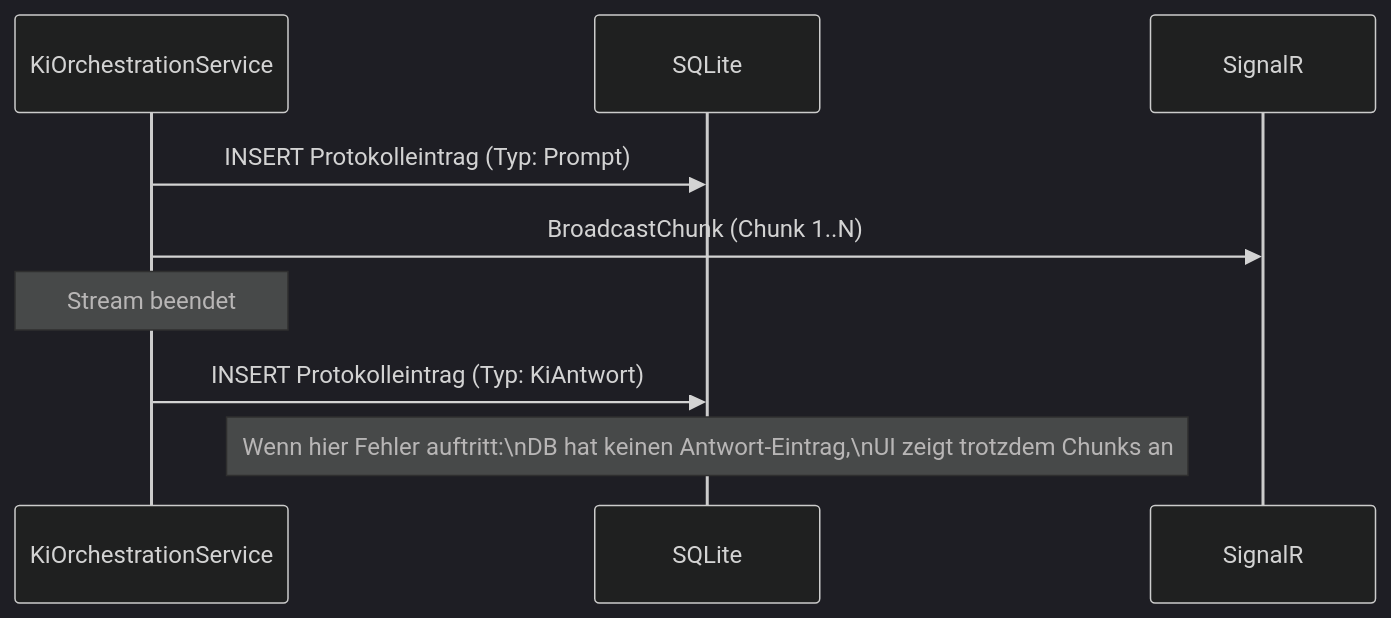
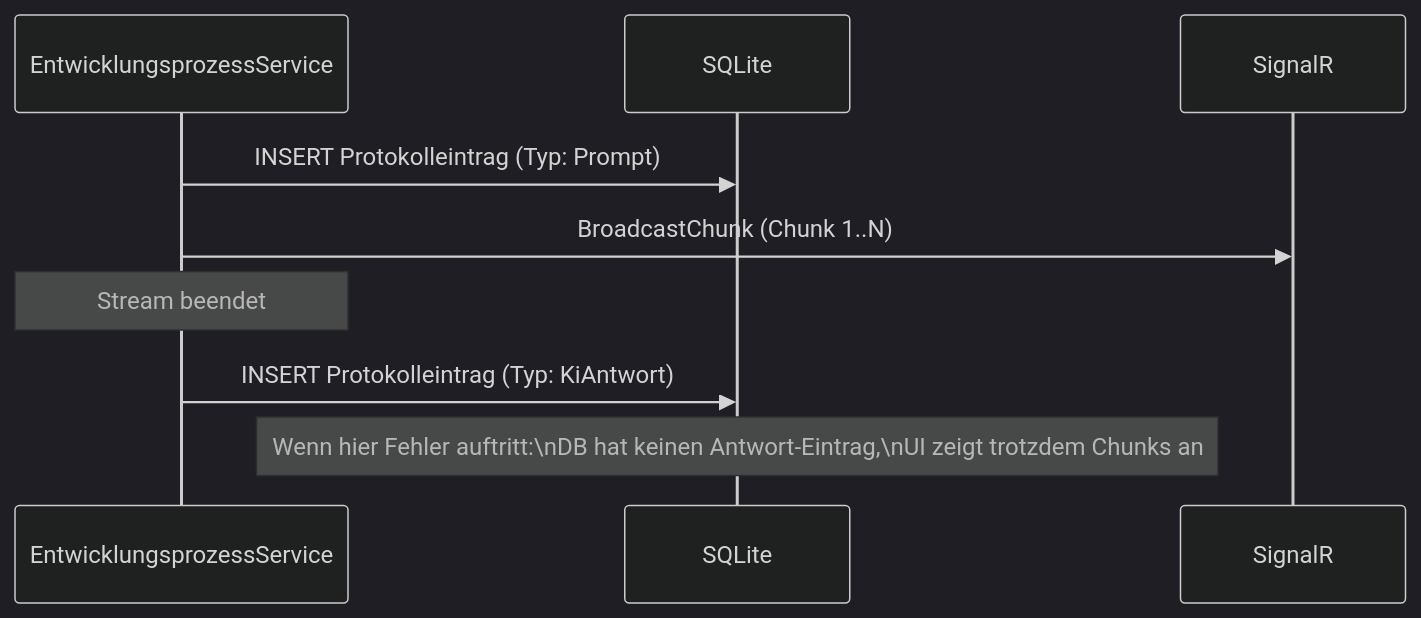
Before and after one commit to martin-stromberg/Softwareschmiede: the seventh of 11 diagrams in docs/improvements/architecture-review.md, drawn with Mermaid (dark theme). The commit also changed other lines of this file and 67 other files, not shown here.

````diff
--- a/docs/improvements/architecture-review.md
+++ b/docs/improvements/architecture-review.md
@@ -318,12 +318,12 @@
 ```mermaid
 sequenceDiagram
-    participant Service as KiOrchestrationService
+    participant Service as EntwicklungsprozessService
     participant DB as SQLite
     participant SignalR
 
     Service->>DB: INSERT Protokolleintrag (Typ: Prompt)
     Service->>SignalR: BroadcastChunk (Chunk 1..N)
     Note over Service: Stream beendet
     Service->>DB: INSERT Protokolleintrag (Typ: KiAntwort)
     Note over DB: Wenn hier Fehler auftritt:\nDB hat keinen Antwort-Eintrag,\nUI zeigt trotzdem Chunks an
 ```
````
